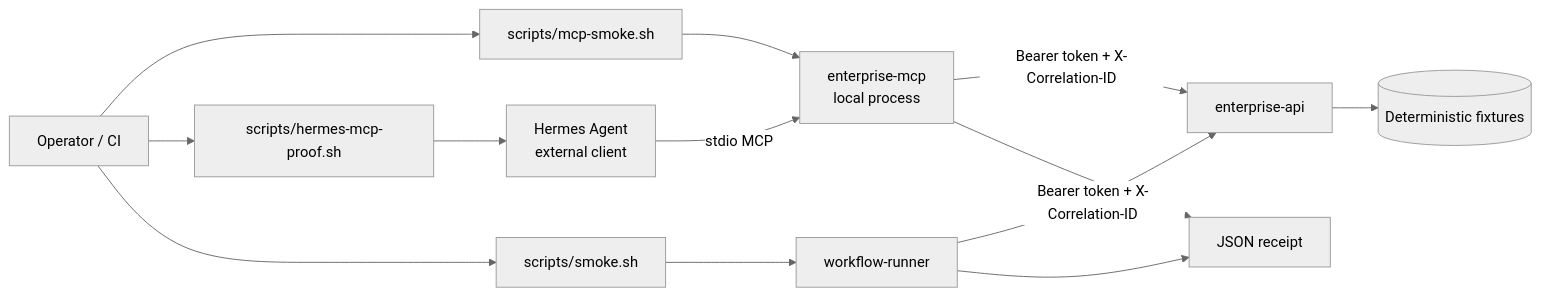
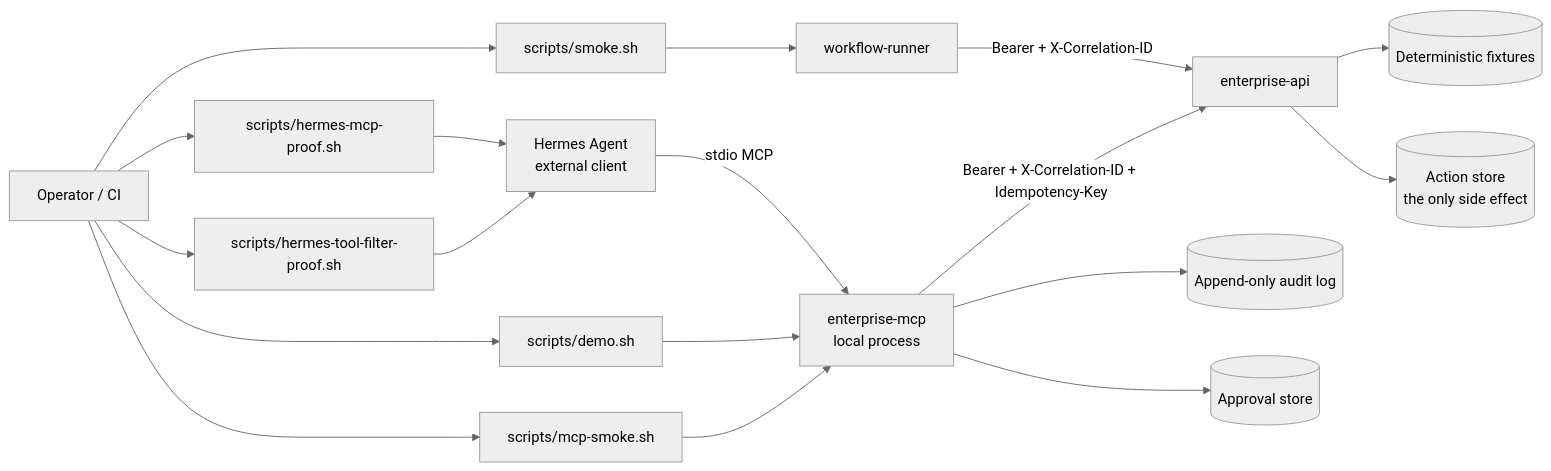
One commit to dbett4/hermes-enterprise-deployment-lab changed the diagram in docs/architecture.md. Above: the diagram before and after it, drawn with Mermaid (neutral theme). The commit also changed other lines of this file and 44 other files, not shown here.

First line of the commit message:
feat: enforce approval, idempotent resume, scoped tools, audit trail

````diff
--- a/docs/architecture.md
+++ b/docs/architecture.md
@@ -5,15 +5,20 @@
 ```mermaid
 flowchart LR
   hermes[Hermes Agent\nexternal client] -->|stdio MCP| mcp[enterprise-mcp\nlocal process]
-  operator[Operator / CI] --> mcpSmoke[scripts/mcp-smoke.sh]
+  operator[Operator / CI] --> demo[scripts/demo.sh]
+  operator --> mcpSmoke[scripts/mcp-smoke.sh]
   operator --> hermesProof[scripts/hermes-mcp-proof.sh]
+  operator --> filterProof[scripts/hermes-tool-filter-proof.sh]
   operator --> smoke[scripts/smoke.sh]
+  demo --> mcp
   mcpSmoke --> mcp
   hermesProof --> hermes
+  filterProof --> hermes
   smoke --> runner[workflow-runner]
-  runner -->|Bearer token + X-Correlation-ID| api[enterprise-api]
-  mcp -->|Bearer token + X-Correlation-ID| api
+  runner -->|Bearer + X-Correlation-ID| api[enterprise-api]
+  mcp -->|Bearer + X-Correlation-ID + Idempotency-Key| api
   api --> fixtures[(Deterministic fixtures)]
-  mcp --> receipt[JSON receipt]
-  runner --> receipt
+  api --> store[(Action store\nthe only side effect)]
+  mcp --> audit[(Append-only audit log)]
+  mcp --> approvals[(Approval store)]
 ```
````
